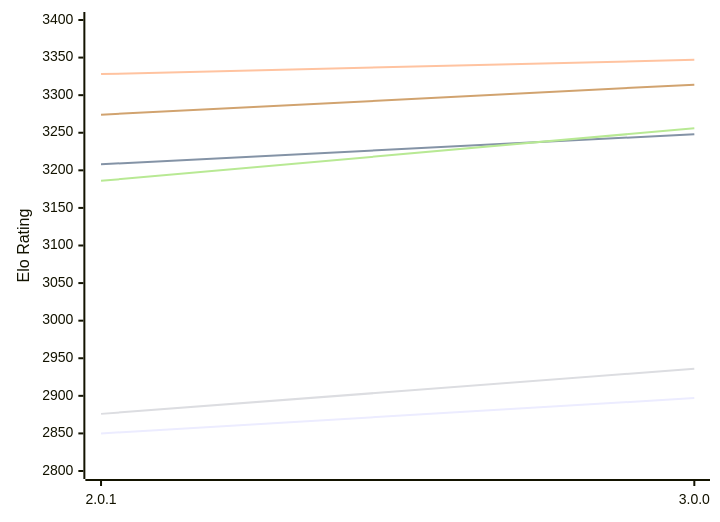
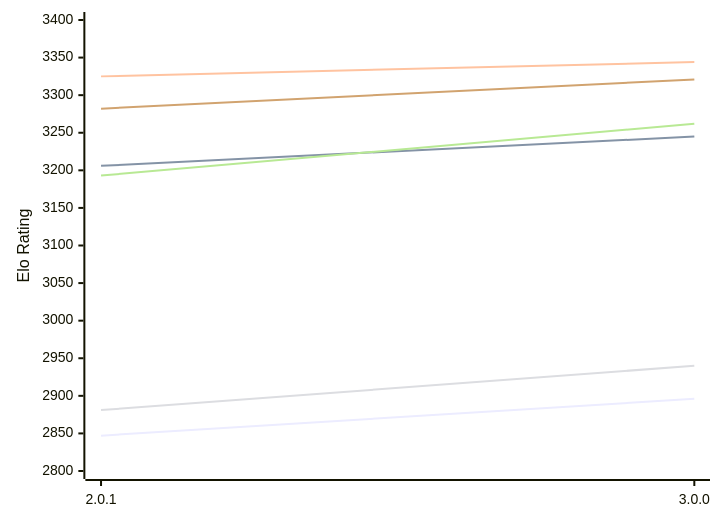
Before and after one commit to computer-chess-index/cci: the first of 2 diagrams in engines/Grail.md, drawn with Mermaid. The commit also changed other lines of this file, not shown here.

Commit message:
Update CCI Ratings (ELO VLTC) - 2026-11-23

````diff
--- a/engines/Grail.md
+++ b/engines/Grail.md
@@ -56,12 +56,12 @@
 ```mermaid
 %%{init: {"theme":"base","themeVariables":{"seriesColors:['#a3a3a3','#222221','#faa371']}}}%%
 xychart-beta
   x-axis ["2.0.1", "3.0.0"]
   y-axis "Elo Rating" 2800 --> 3400
-  line "E1: STC (8.0+0.08s)" [2850, 2897]
-  line "E1: LTC (60.0+0.60s)" [3208, 3248]
-  line "E1: VLTC (2m24s+1.12s)" [3328, 3347]
-  line "P1: STC (8.0+0.08s)" [2876, 2936]
-  line "P1: LTC (60.0+0.60s)" [3186, 3256]
-  line "P1: VLTC (2m24s+1.12s)" [3274, 3314]
+  line "E1: STC (8.0+0.08s)" [2847, 2896]
+  line "E1: LTC (60.0+0.60s)" [3206, 3245]
+  line "E1: VLTC (2m24s+1.12s)" [3325, 3344]
+  line "P1: STC (8.0+0.08s)" [2881, 2940]
+  line "P1: LTC (60.0+0.60s)" [3193, 3262]
+  line "P1: VLTC (2m24s+1.12s)" [3282, 3321]
 ```
````
